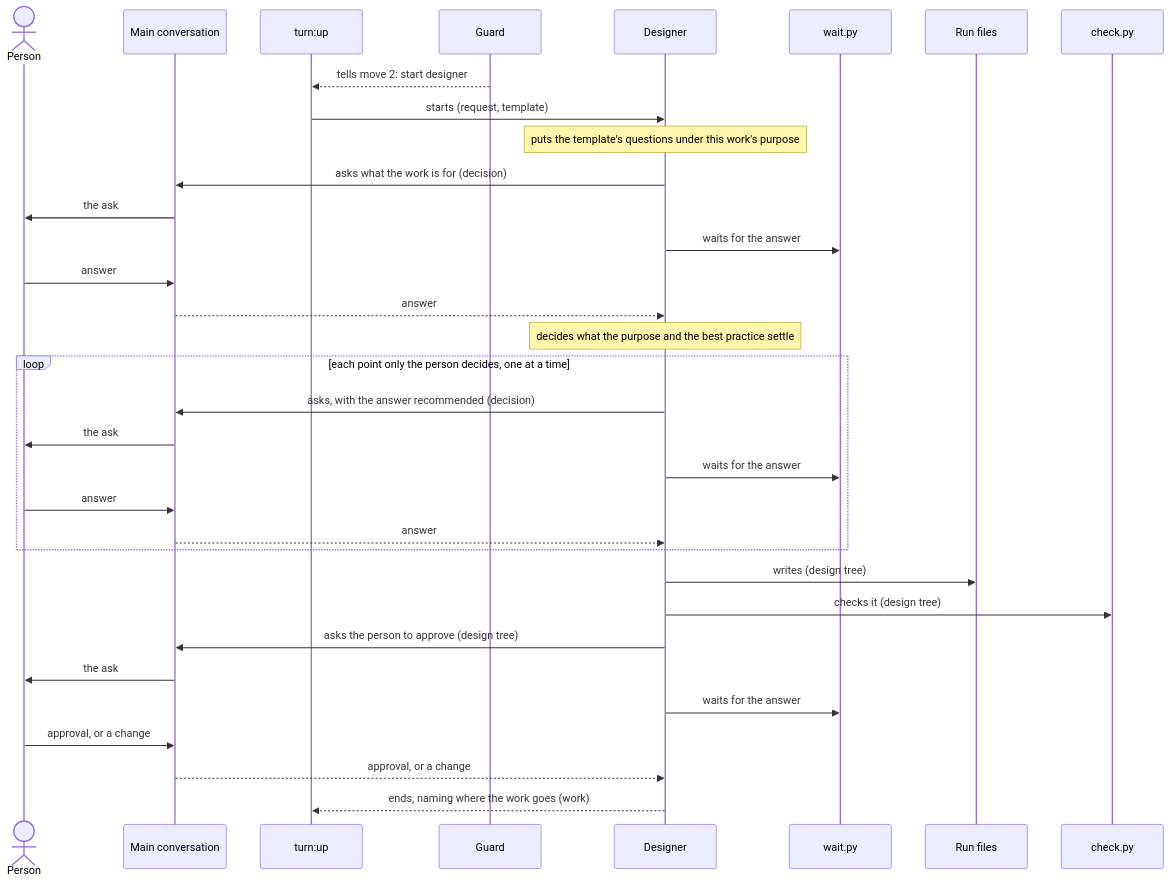
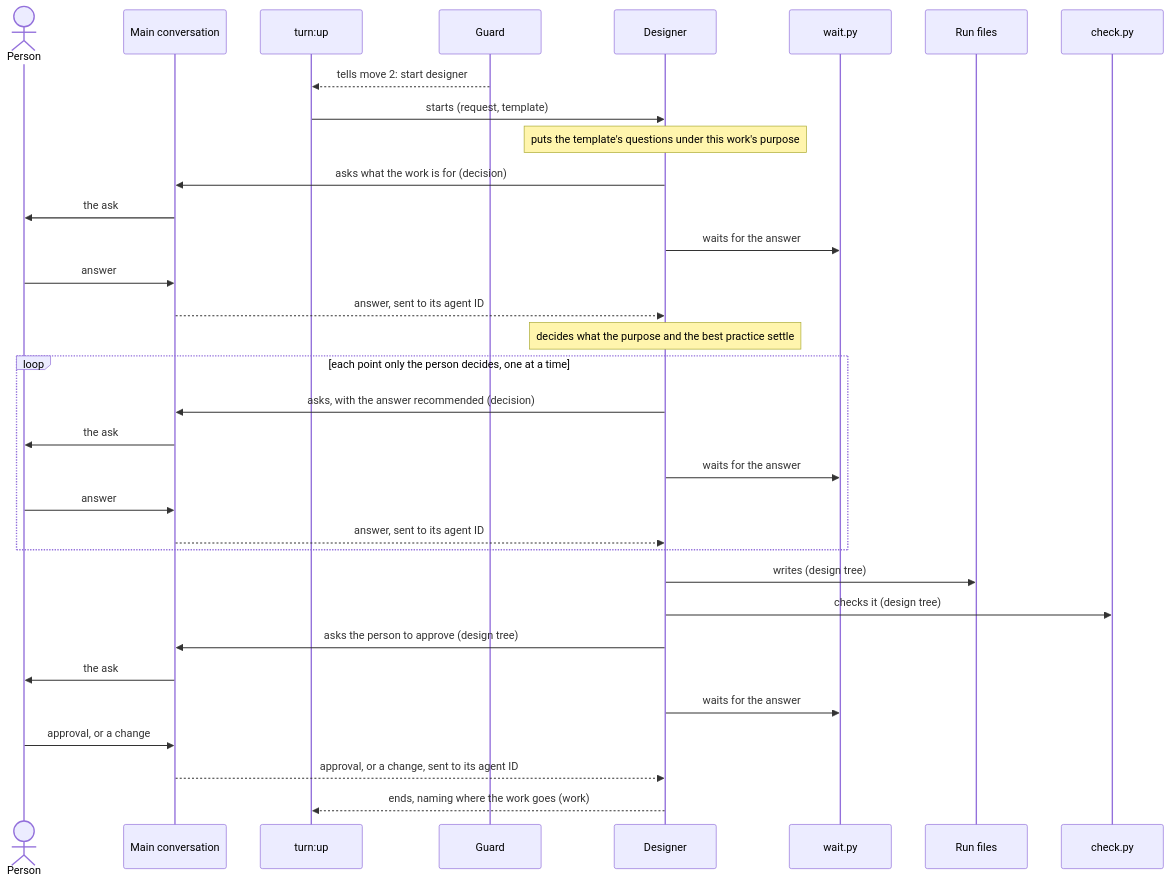
Before and after one commit to lovaizu/ccpm: the third of 6 diagrams in dev/turn/architecture.md, drawn with Mermaid. The commit also changed other lines of this file and 1 other file, not shown here.

````diff
--- a/dev/turn/architecture.md
+++ b/dev/turn/architecture.md
@@ -352,35 +365,35 @@
 ```mermaid
 sequenceDiagram
   actor P as Person
   participant M as Main conversation
   participant U as turn:up
   participant G as Guard
   participant D as Designer
   participant WT as wait.py
   participant R as Run files
   participant C as check.py
   G-->>U: tells move 2: start designer
   U->>D: starts (request, template)
   Note over D: puts the template's questions under this work's purpose
   D->>M: asks what the work is for (decision)
   M->>P: the ask
   D->>WT: waits for the answer
   P->>M: answer
-  M-->>D: answer
+  M-->>D: answer, sent to its agent ID
   Note over D: decides what the purpose and the best practice settle
   loop each point only the person decides, one at a time
     D->>M: asks, with the answer recommended (decision)
     M->>P: the ask
     D->>WT: waits for the answer
     P->>M: answer
-    M-->>D: answer
+    M-->>D: answer, sent to its agent ID
   end
   D->>R: writes (design tree)
   D->>C: checks it (design tree)
   D->>M: asks the person to approve (design tree)
   M->>P: the ask
   D->>WT: waits for the answer
   P->>M: approval, or a change
-  M-->>D: approval, or a change
+  M-->>D: approval, or a change, sent to its agent ID
   D-->>U: ends, naming where the work goes (work)
 ```
````
